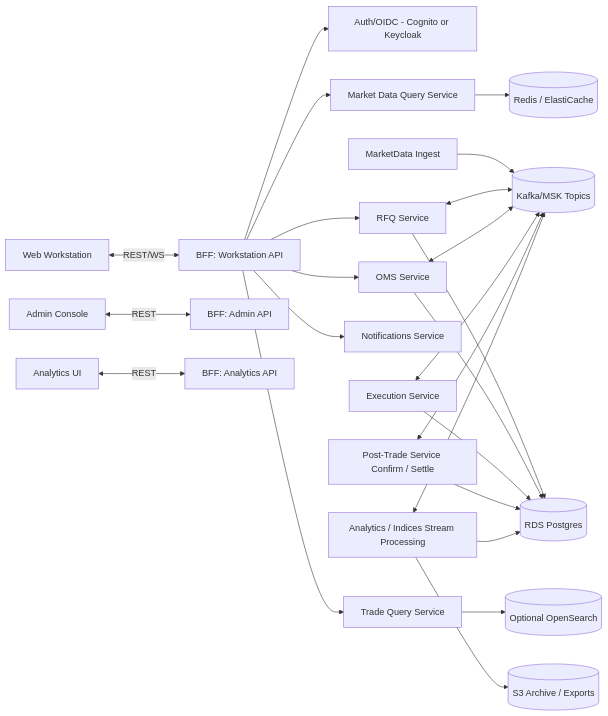
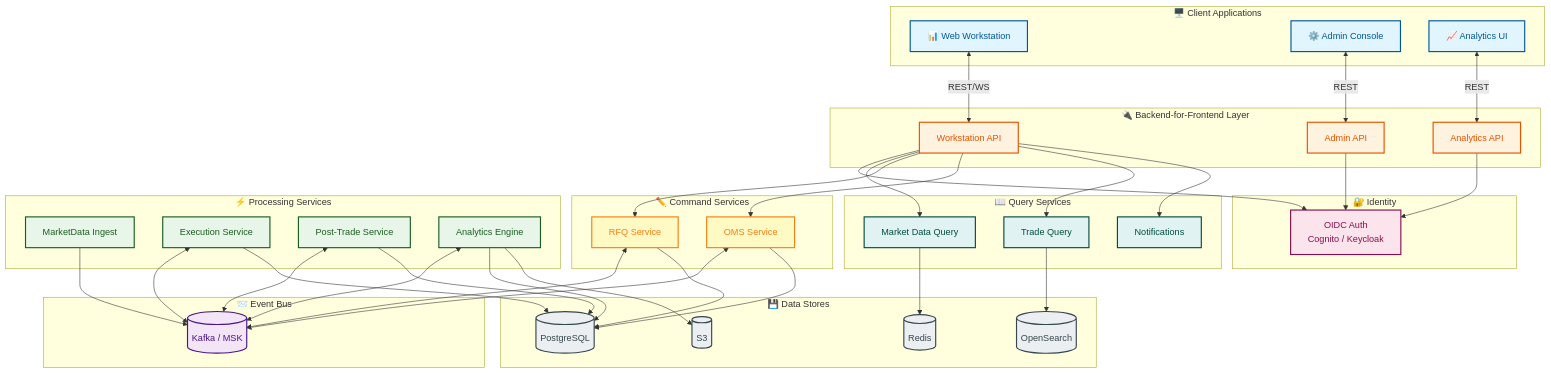
The first of 4 diagrams in PRD.md (oladejiayo/Orion), drawn with Mermaid before and after one commit. The commit also changed other lines of this file and 1 other file, not shown here.

Commit message:
style: enhance Mermaid diagrams with colors, subgraphs, emojis, and better organization

````diff
--- a/PRD.md
+++ b/PRD.md
@@ -179,34 +179,80 @@
 ```mermaid
-flowchart LR
-  UI[Web Workstation] <-->|REST/WS| BFF[BFF: Workstation API]
-  UI2[Admin Console] <-->|REST| BFF_ADMIN[BFF: Admin API]
-  UI3[Analytics UI] <-->|REST| BFF_ANALYTICS[BFF: Analytics API]
+flowchart TB
+  subgraph clients[" 🖥️ Client Applications"]
+    UI["📊 Web Workstation"]
+    UI2["⚙️ Admin Console"]
+    UI3["📈 Analytics UI"]
+  end
 
-  BFF --> AUTH[Auth/OIDC - Cognito or Keycloak]
-  BFF --> MDQ[Market Data Query Service]
-  BFF --> RFQ_API[RFQ Service]
-  BFF --> OMS_API[OMS Service]
-  BFF --> TRD_Q[Trade Query Service]
-  BFF --> NOTIF[Notifications Service]
+  subgraph bff[" 🔌 Backend-for-Frontend Layer"]
+    BFF["Workstation API"]
+    BFF_ADMIN["Admin API"]
+    BFF_ANALYTICS["Analytics API"]
+  end
 
-  MDING[MarketData Ingest] --> BUS[(Kafka/MSK Topics)]
-  RFQ_API <--> BUS
-  OMS_API <--> BUS
-  EXEC[Execution Service] <--> BUS
-  POST[Post-Trade Service Confirm / Settle] <--> BUS
-  ANA[Analytics / Indices Stream Processing] <--> BUS
+  subgraph auth[" 🔐 Identity"]
+    AUTH["OIDC Auth\nCognito / Keycloak"]
+  end
 
-  PSQL[(RDS Postgres)]
-  REDIS[(Redis / ElastiCache)]
-  S3[(S3 Archive / Exports)]
-  OS[(Optional OpenSearch)]
+  subgraph query[" 📖 Query Services"]
+    MDQ["Market Data Query"]
+    TRD_Q["Trade Query"]
+    NOTIF["Notifications"]
+  end
 
-  RFQ_API --> PSQL
-  OMS_API --> PSQL
-  EXEC --> PSQL
-  POST --> PSQL
+  subgraph command[" ✏️ Command Services"]
+    RFQ_API["RFQ Service"]
+    OMS_API["OMS Service"]
+  end
+
+  subgraph processing[" ⚡ Processing Services"]
+    MDING["MarketData Ingest"]
+    EXEC["Execution Service"]
+    POST["Post-Trade Service"]
+    ANA["Analytics Engine"]
+  end
+
+  subgraph messaging[" 📨 Event Bus"]
+    BUS[("Kafka / MSK")]
+  end
+
+  subgraph data[" 💾 Data Stores"]
+    PSQL[("PostgreSQL")]
+    REDIS[("Redis")]
+    S3[("S3")]
+    OS[("OpenSearch")]
+  end
+
+  UI <-->|REST/WS| BFF
+  UI2 <-->|REST| BFF_ADMIN
+  UI3 <-->|REST| BFF_ANALYTICS
+
+  BFF & BFF_ADMIN & BFF_ANALYTICS --> AUTH
+  BFF --> MDQ & RFQ_API & OMS_API & TRD_Q & NOTIF
+
+  MDING --> BUS
+  RFQ_API & OMS_API & EXEC & POST & ANA <--> BUS
+
+  RFQ_API & OMS_API & EXEC & POST & ANA --> PSQL
   MDQ --> REDIS
   TRD_Q --> OS
-  ANA --> PSQL
   ANA --> S3
+
+  classDef clientStyle fill:#e1f5fe,stroke:#01579b,stroke-width:2px,color:#01579b
+  classDef bffStyle fill:#fff3e0,stroke:#e65100,stroke-width:2px,color:#e65100
+  classDef authStyle fill:#fce4ec,stroke:#880e4f,stroke-width:2px,color:#880e4f
+  classDef queryStyle fill:#e0f2f1,stroke:#004d40,stroke-width:2px,color:#004d40
+  classDef commandStyle fill:#fff9c4,stroke:#f57f17,stroke-width:2px,color:#f57f17
+  classDef processingStyle fill:#e8f5e9,stroke:#1b5e20,stroke-width:2px,color:#1b5e20
+  classDef busStyle fill:#f3e5f5,stroke:#4a148c,stroke-width:2px,color:#4a148c
+  classDef dataStyle fill:#eceff1,stroke:#37474f,stroke-width:2px,color:#37474f
+
+  class UI,UI2,UI3 clientStyle
+  class BFF,BFF_ADMIN,BFF_ANALYTICS bffStyle
+  class AUTH authStyle
+  class MDQ,TRD_Q,NOTIF queryStyle
+  class RFQ_API,OMS_API commandStyle
+  class MDING,EXEC,POST,ANA processingStyle
+  class BUS busStyle
+  class PSQL,REDIS,S3,OS dataStyle
 ```
````
